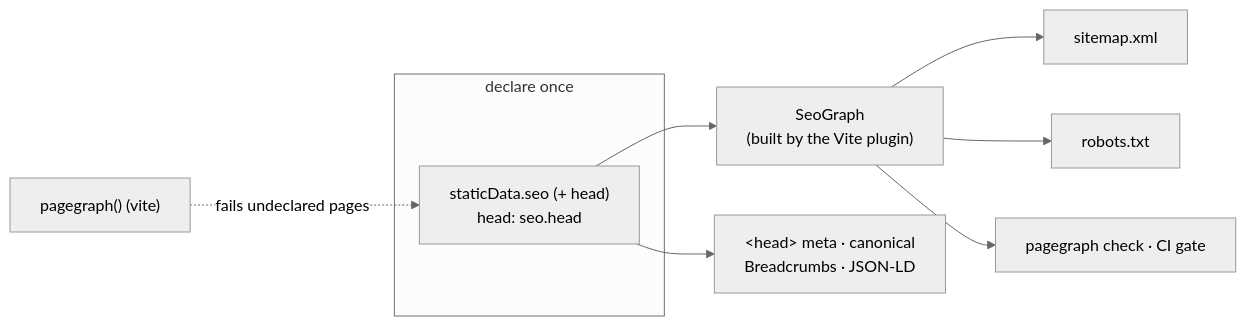
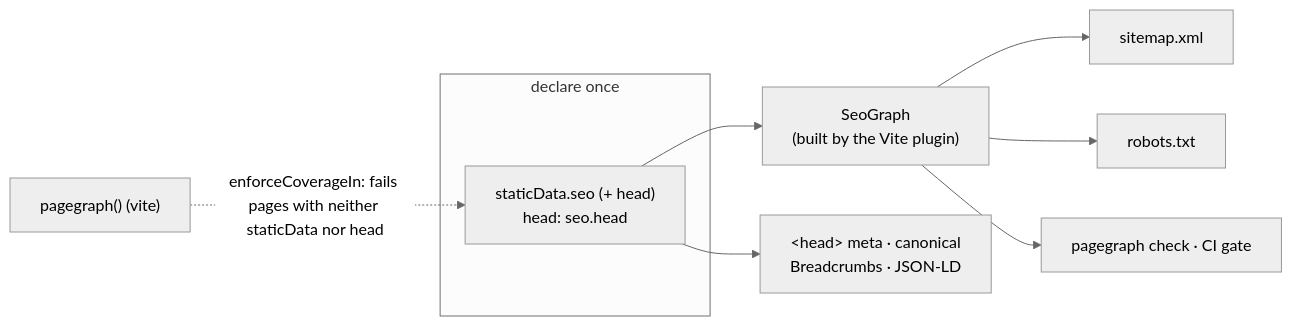
Before and after one commit to aryasaatvik/pagegraph: the diagram in README.md, drawn with Mermaid (neutral theme). The commit also changed other lines of this file and 63 other files, not shown here.

````diff
--- a/README.md
+++ b/README.md
@@ -9,12 +15,12 @@
 ```mermaid
 flowchart LR
   subgraph declare["declare once"]
     route["staticData.seo (+ head)<br/>head: seo.head"]
   end
   route --> seograph["SeoGraph<br/>(built by the Vite plugin)"]
   seograph --> sitemap["sitemap.xml"]
   seograph --> robots["robots.txt"]
   seograph --> check["pagegraph check · CI gate"]
   route --> head["&lt;head&gt; meta · canonical<br/>Breadcrumbs · JSON-LD"]
-  gate["pagegraph() (vite)"] -. "fails undeclared pages" .-> route
+  gate["pagegraph() (vite)"] -. "enforceCoverageIn: fails pages with neither staticData nor head" .-> route
 ```
````
